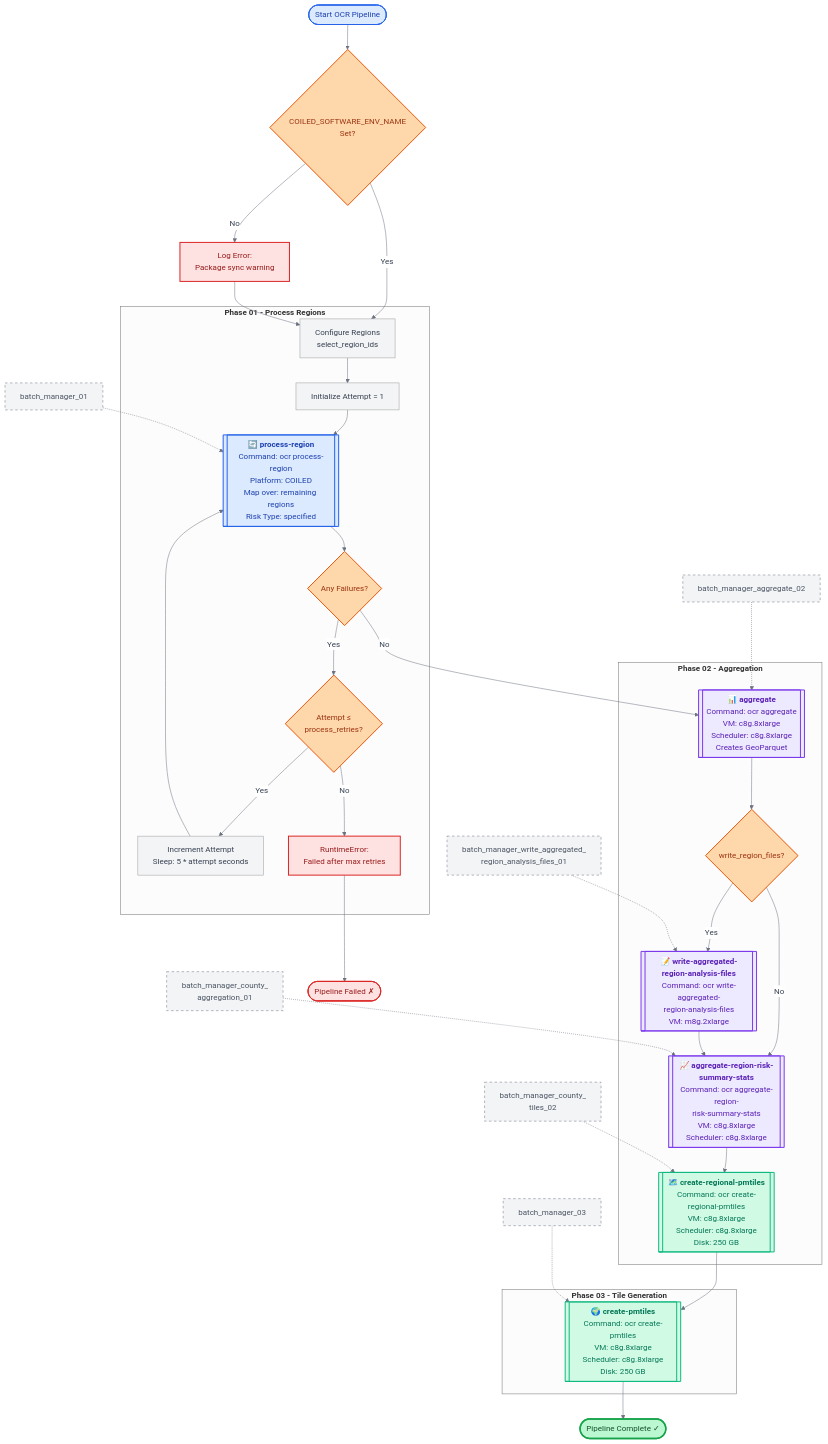
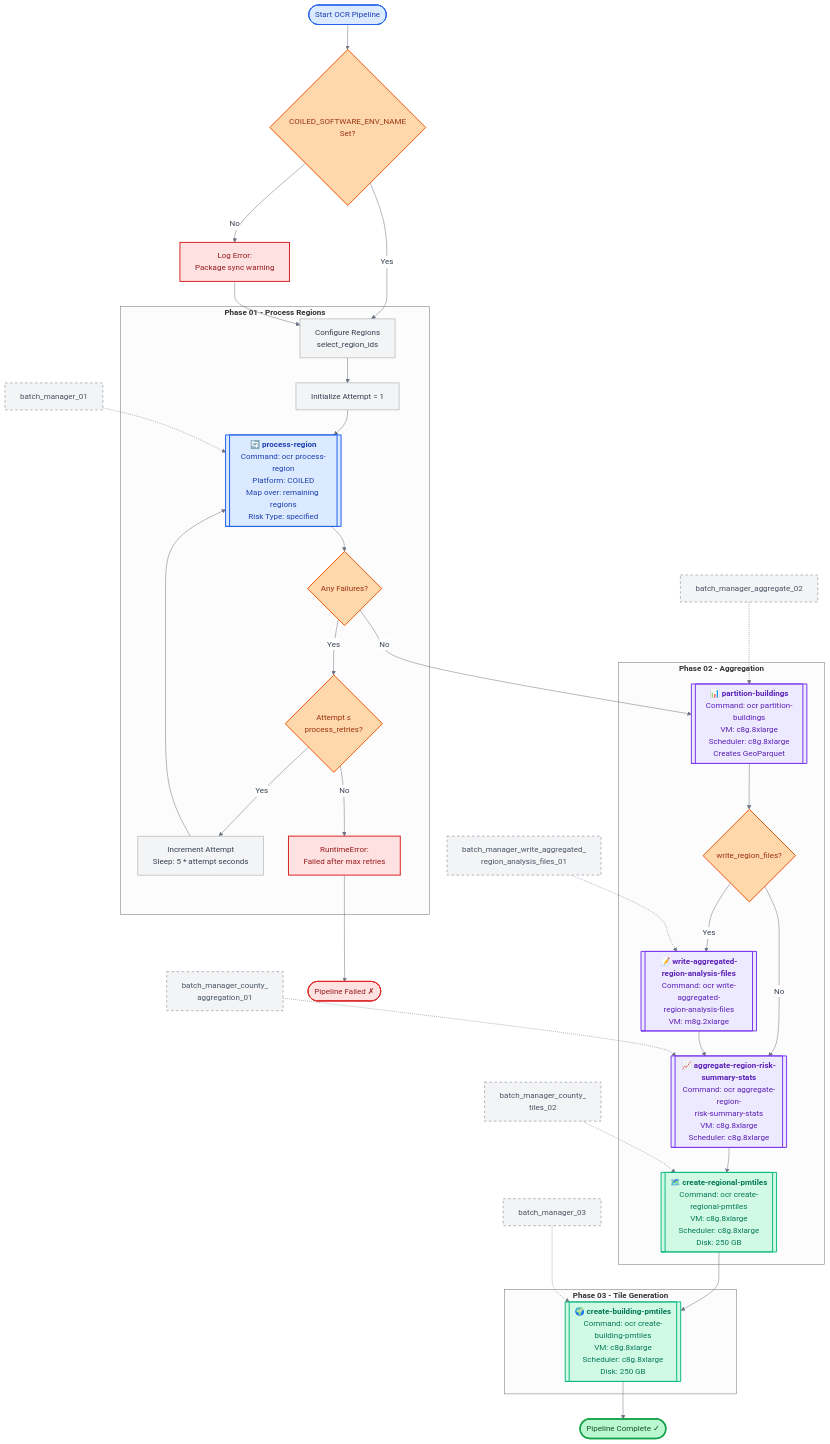
Before and after one commit to carbonplan/ocr: the first of 2 diagrams in docs/reference/deployment.md, drawn with Mermaid. The commit also changed other lines of this file and 11 other files, not shown here.

```diff
--- a/docs/reference/deployment.md
+++ b/docs/reference/deployment.md
@@ -55,7 +55,7 @@
 
     %% Section 02: Aggregation
     subgraph Section02["<b>Phase 02 - Aggregation</b>"]
-        AggregateGeo[["📊 <b>aggregate</b><br/>Command: ocr aggregate<br/>VM: c8g.8xlarge<br/>Scheduler: c8g.8xlarge<br/>Creates GeoParquet"]]
+        AggregateGeo[["📊 <b>partition-buildings</b><br/>Command: ocr partition-buildings<br/>VM: c8g.8xlarge<br/>Scheduler: c8g.8xlarge<br/>Creates GeoParquet"]]
 
         CheckFailed -->|No| AggregateGeo
 
@@ -75,7 +75,7 @@
 
     %% Section 03: Tiles Creation
     subgraph Section03["<b>Phase 03 - Tile Generation</b>"]
-        CreatePMTiles[["🌍 <b>create-pmtiles</b><br/>Command: ocr create-pmtiles<br/>VM: c8g.8xlarge<br/>Scheduler: c8g.8xlarge<br/>Disk: 250 GB"]]
+        CreatePMTiles[["🌍 <b>create-building-pmtiles</b><br/>Command: ocr create-building-pmtiles<br/>VM: c8g.8xlarge<br/>Scheduler: c8g.8xlarge<br/>Disk: 250 GB"]]
         RegionalPMTiles --> CreatePMTiles
     end
 
```
